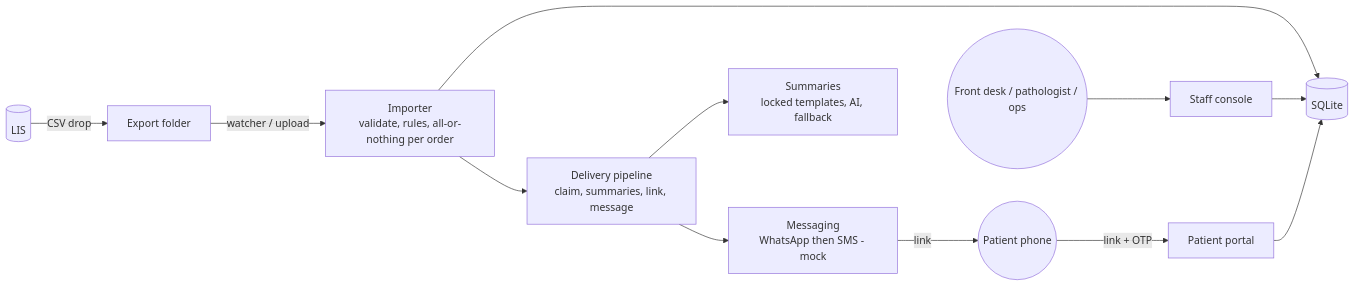
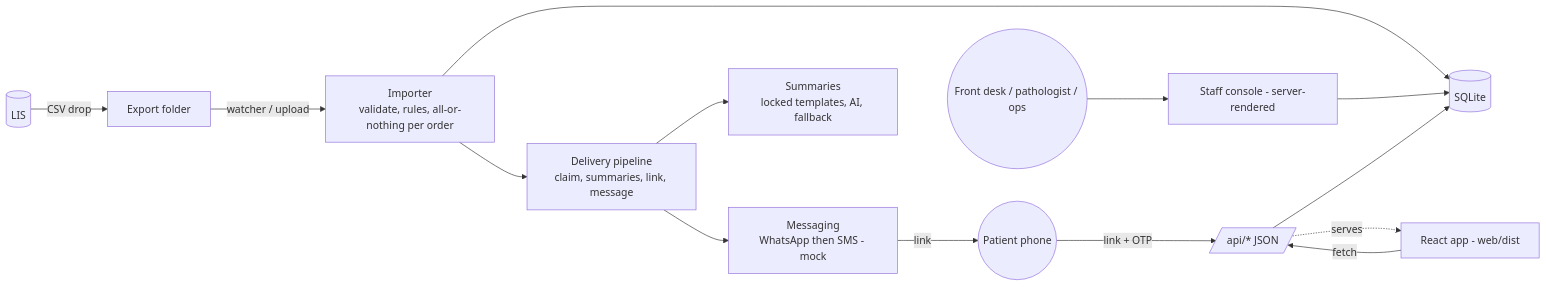
One commit to rohithkumar2027/ISO-Code-3 changed the first of 2 diagrams in docs/TDD.md. Above: the diagram before and after it, drawn with Mermaid. The commit also changed other lines of this file and 1 other file, not shown here.

First line of the commit message:
docs: document the React patient app, the two-frontend split, and the weak-data trade-off

````diff
--- a/docs/TDD.md
+++ b/docs/TDD.md
@@ -49,14 +56,16 @@
 ```mermaid
 flowchart LR
   LIS[(LIS)] -- CSV drop --> F[Export folder]
   F -- watcher / upload --> I[Importer\nvalidate, rules, all-or-nothing per order]
   I --> DB[(SQLite)]
   I --> D[Delivery pipeline\nclaim, summaries, link, message]
   D --> S[Summaries\nlocked templates, AI, fallback]
   D --> M[Messaging\nWhatsApp then SMS - mock]
   M -- link --> P((Patient phone))
-  P -- link + OTP --> W[Patient portal]
-  W --> DB
-  ST((Front desk / pathologist / ops)) --> C[Staff console]
+  P -- link + OTP --> A[/api/* JSON/]
+  A --> DB
+  A -. serves .-> R[React app - web/dist]
+  R -- fetch --> A
+  ST((Front desk / pathologist / ops)) --> C[Staff console - server-rendered]
   C --> DB
 ```
````
